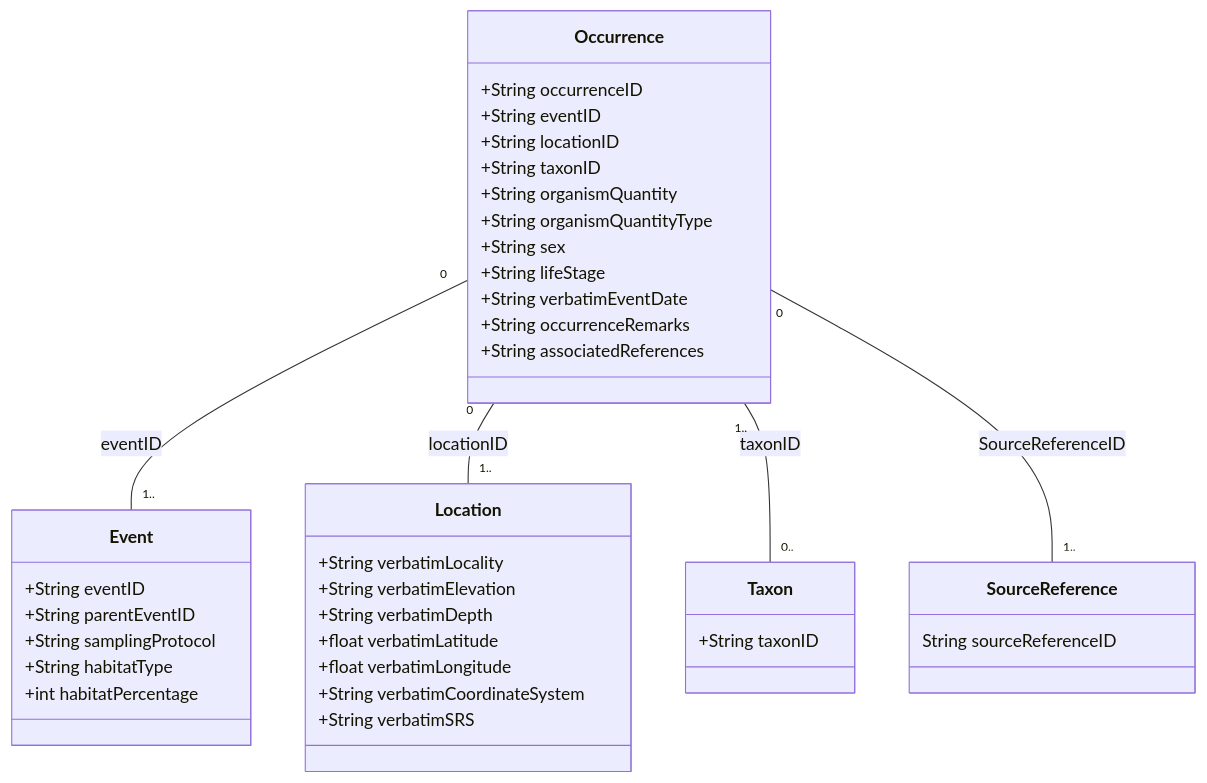
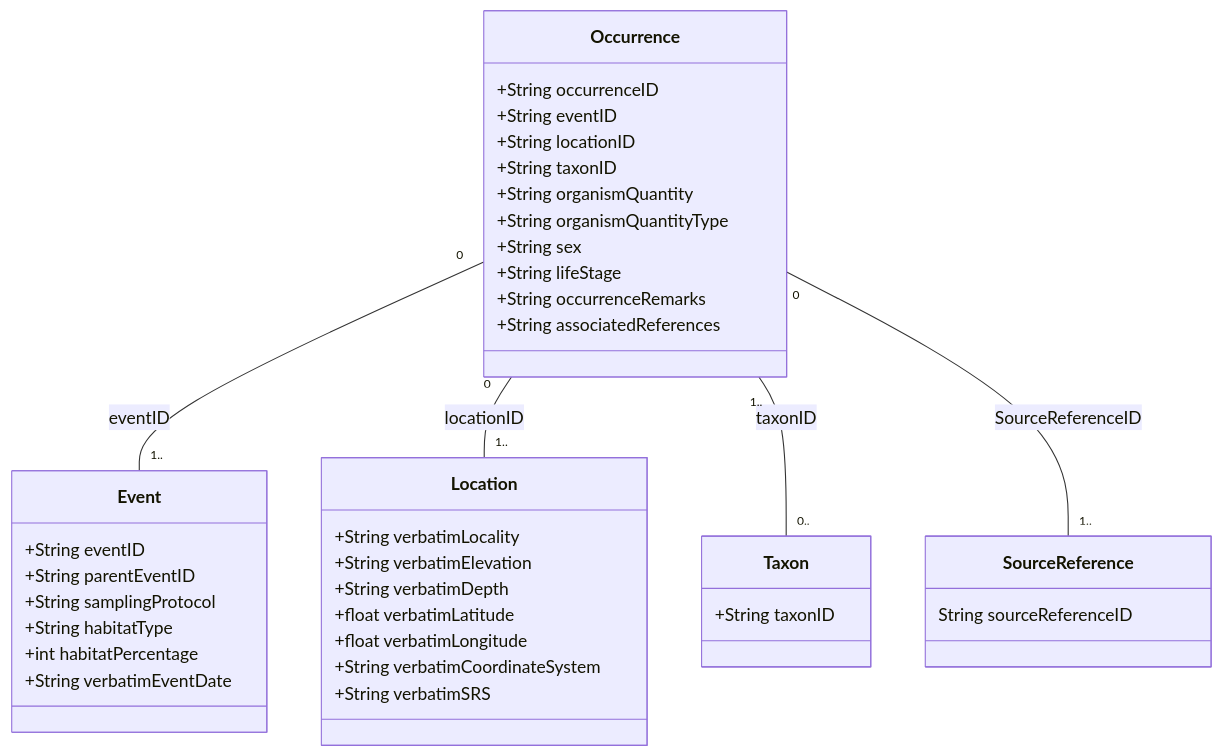
Before and after one commit to karilint/mammalbase: the diagram in documentation/models/models.md, drawn with Mermaid. The commit also changed other lines of this file, not shown here.

````diff
--- a/documentation/models/models.md
+++ b/documentation/models/models.md
@@ -1,43 +1,43 @@
 ```mermaid
 classDiagram
     class Occurrence {
 		+String occurrenceID
 		+String eventID
 		+String locationID
 		+String taxonID
 		+String organismQuantity
 		+String organismQuantityType
 		+String sex
 		+String lifeStage
-		+String verbatimEventDate
 		+String occurrenceRemarks
 		+String associatedReferences
     }
     class Event {
 		+String eventID
 		+String parentEventID
 		+String samplingProtocol
 		+String habitatType
 		+int habitatPercentage
+		+String verbatimEventDate
     }
     class Location {
       	+String verbatimLocality
 		+String verbatimElevation
 		+String verbatimDepth
 		+float verbatimLatitude
 		+float verbatimLongitude
 		+String verbatimCoordinateSystem
 		+String verbatimSRS
     }
     class Taxon {
       	+String taxonID
     }
 	class SourceReference {
 		String sourceReferenceID
 	}
 
     Occurrence "0" -- "1.." Event : eventID
     Occurrence "0" -- "1.." Location : locationID
     Occurrence "1.." -- "0.." Taxon : taxonID
 	Occurrence "0" -- "1.." SourceReference : SourceReferenceID
 ```
````
